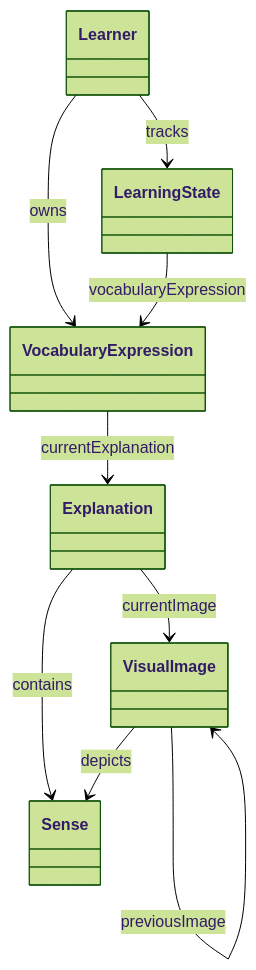
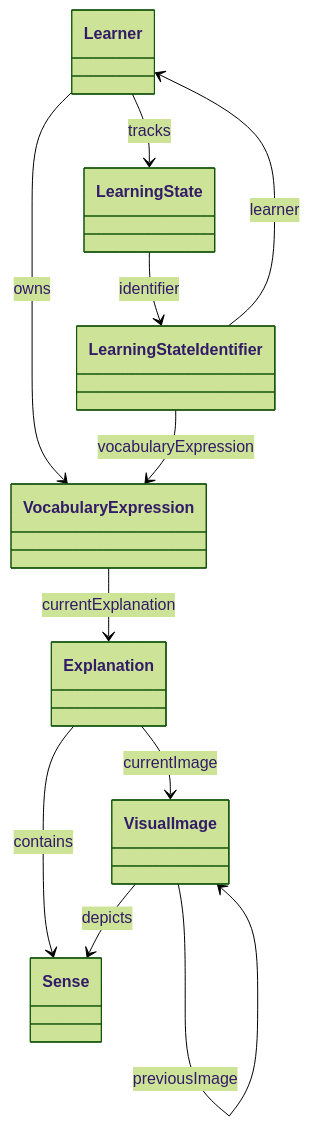
Before and after one commit to lihs-ie/vocastock: the diagram in docs/internal/domain/common.md, drawn with Mermaid (forest theme). The commit also changed other lines of this file and 11 other files, not shown here.

Commit message:
docs: formalize composite learning-state identifier

````diff
--- a/docs/internal/domain/common.md
+++ b/docs/internal/domain/common.md
@@ -24,18 +24,21 @@
 ```mermaid
 classDiagram
     class Learner
     class VocabularyExpression
     class Explanation
     class Sense
     class VisualImage
     class LearningState
+    class LearningStateIdentifier
 
     Learner --> VocabularyExpression : owns
     Learner --> LearningState : tracks
     VocabularyExpression --> Explanation : currentExplanation
     Explanation --> Sense : contains
     Explanation --> VisualImage : currentImage
     VisualImage --> Sense : depicts
     VisualImage --> VisualImage : previousImage
-    LearningState --> VocabularyExpression : vocabularyExpression
+    LearningState --> LearningStateIdentifier : identifier
+    LearningStateIdentifier --> Learner : learner
+    LearningStateIdentifier --> VocabularyExpression : vocabularyExpression
 ```
````
